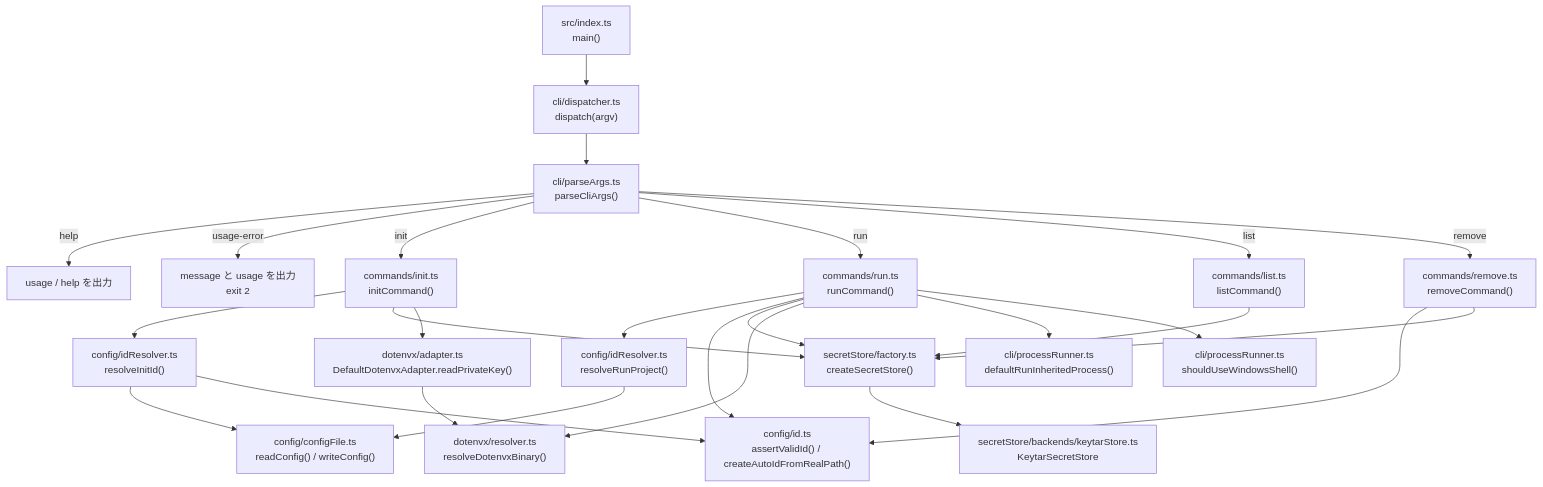
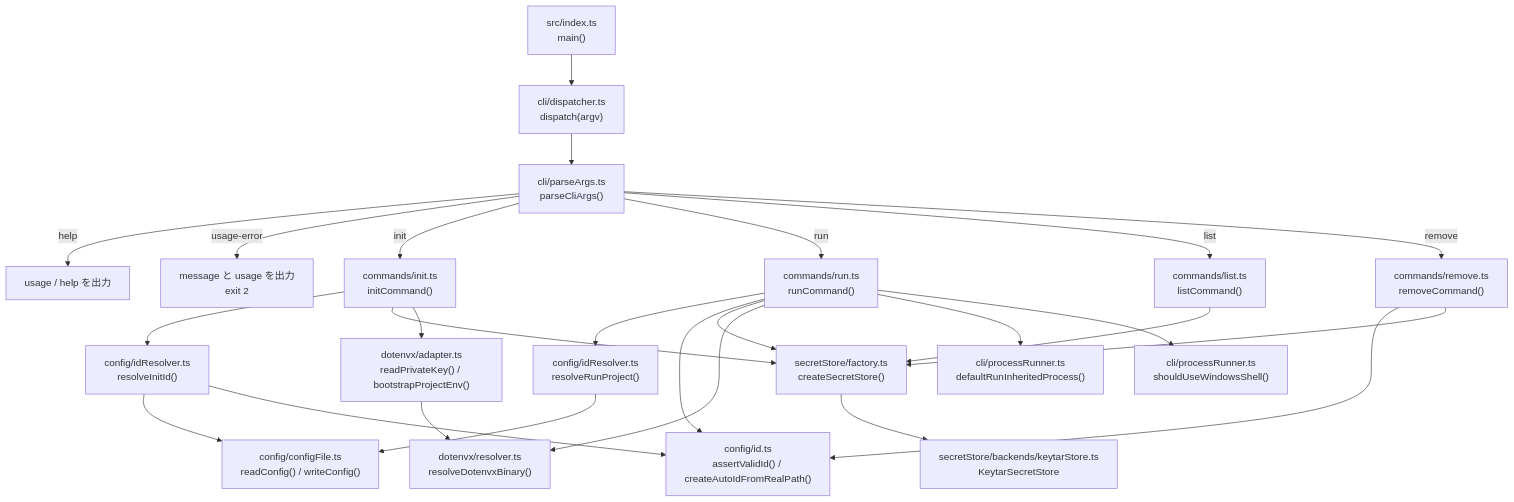
One commit to Kei-naga/dotenvx-keychain changed the first of 4 diagrams in docs/memo/src-architecture.md. Above: the diagram before and after it, drawn with Mermaid. The commit also changed other lines of this file and 14 other files, not shown here.

````diff
--- a/docs/memo/src-architecture.md
+++ b/docs/memo/src-architecture.md
@@ -18,32 +18,32 @@
 ```mermaid
 flowchart TD
     A["src/index.ts<br/>main()"] --> B["cli/dispatcher.ts<br/>dispatch(argv)"]
     B --> C["cli/parseArgs.ts<br/>parseCliArgs()"]
 
     C -->|help| D["usage / help を出力"]
     C -->|usage-error| E["message と usage を出力<br/>exit 2"]
     C -->|init| F["commands/init.ts<br/>initCommand()"]
     C -->|run| G["commands/run.ts<br/>runCommand()"]
     C -->|list| H["commands/list.ts<br/>listCommand()"]
     C -->|remove| I["commands/remove.ts<br/>removeCommand()"]
 
     F --> J["config/idResolver.ts<br/>resolveInitId()"]
     J --> K["config/configFile.ts<br/>readConfig() / writeConfig()"]
     J --> L["config/id.ts<br/>assertValidId() / createAutoIdFromRealPath()"]
     F --> M["secretStore/factory.ts<br/>createSecretStore()"]
     M --> N["secretStore/backends/keytarStore.ts<br/>KeytarSecretStore"]
-    F --> O["dotenvx/adapter.ts<br/>DefaultDotenvxAdapter.readPrivateKey()"]
+    F --> O["dotenvx/adapter.ts<br/>readPrivateKey() / bootstrapProjectEnv()"]
     O --> P["dotenvx/resolver.ts<br/>resolveDotenvxBinary()"]
 
     G --> Q["config/idResolver.ts<br/>resolveRunProject()"]
     Q --> K
     G --> L
     G --> M
     G --> P
     G --> R["cli/processRunner.ts<br/>defaultRunInheritedProcess()"]
     G --> S["cli/processRunner.ts<br/>shouldUseWindowsShell()"]
 
     H --> M
     I --> L
     I --> M
 ```
````
